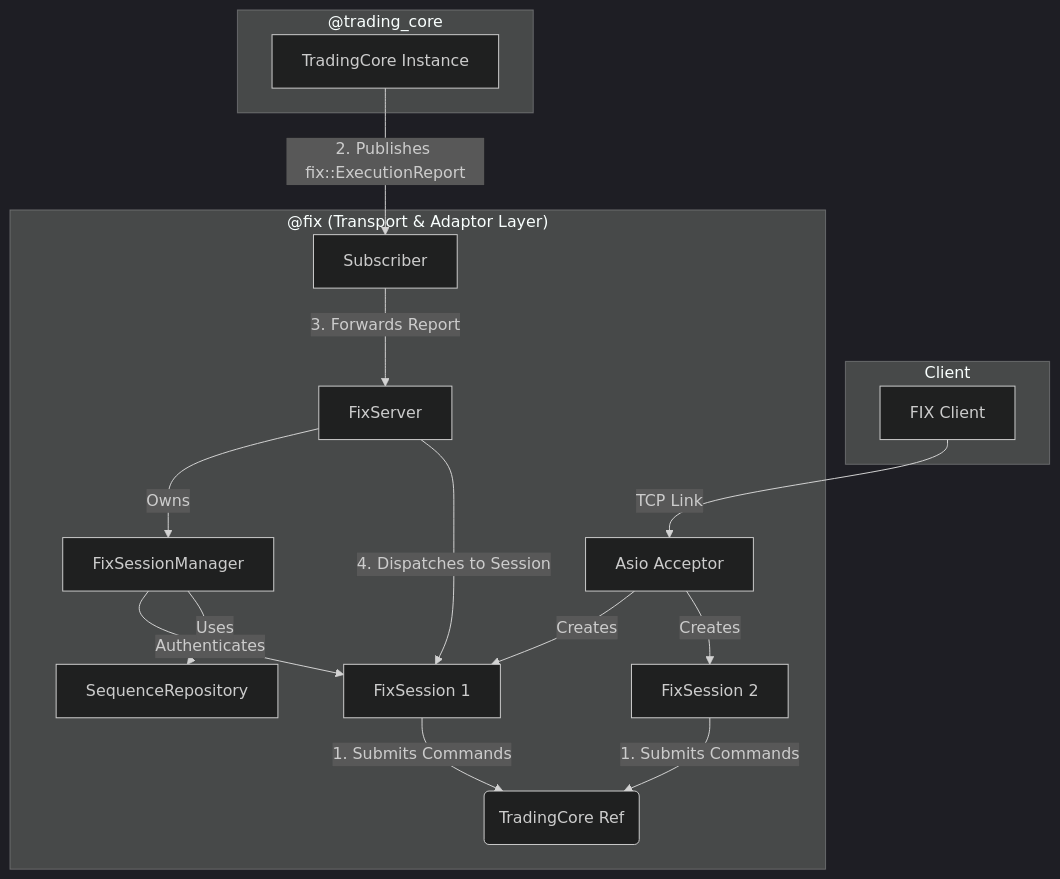
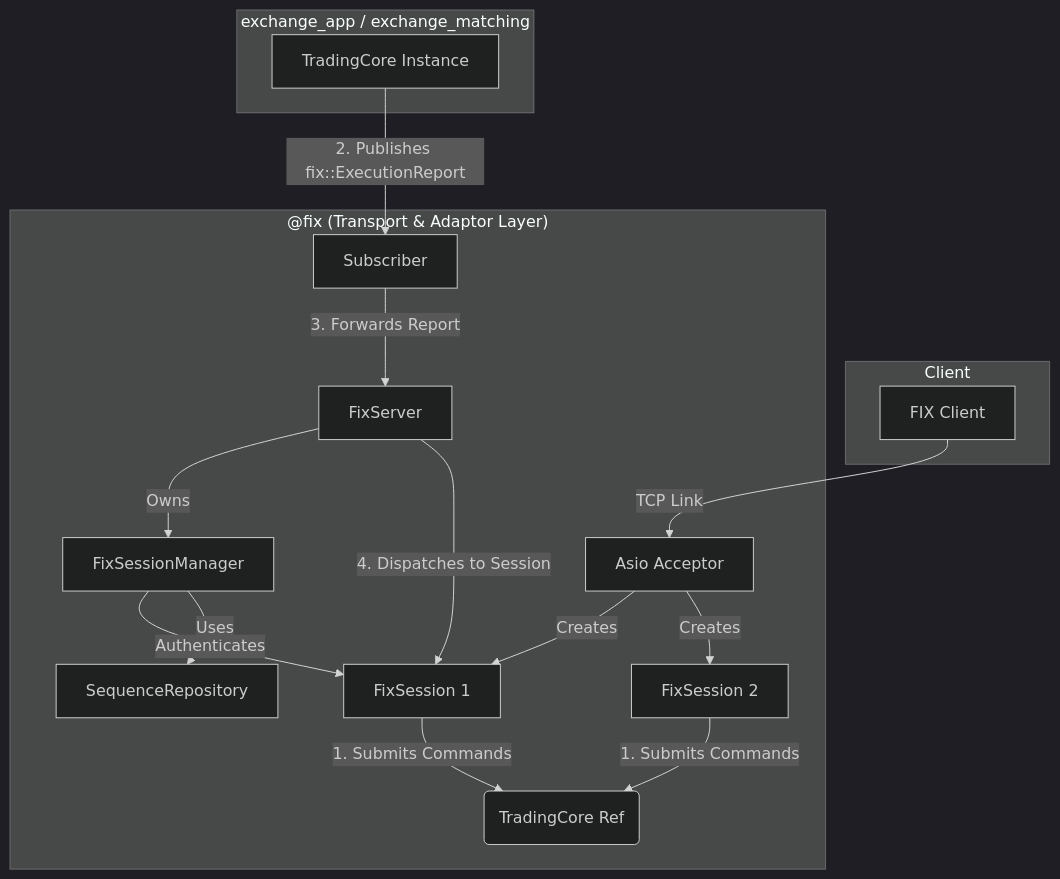
Before and after one commit to SujalChoudhari/BetaTrader: the diagram in exchange/exchange_fix/README.md, drawn with Mermaid (dark theme). The commit also changed other lines of this file and 7 other files, not shown here.

````diff
--- a/exchange/exchange_fix/README.md
+++ b/exchange/exchange_fix/README.md
@@ -24,28 +24,28 @@
 ```mermaid
 graph TD
     subgraph "Client"
         C[FIX Client]
     end
 
     subgraph "@fix (Transport & Adaptor Layer)"
         A[Asio Acceptor] -->|Creates| S1[FixSession 1]
         A -->|Creates| S2[FixSession 2]
         
         S1 --"1. Submits Commands"--> TC_REF
         S2 --"1. Submits Commands"--> TC_REF
         TC_REF(TradingCore Ref)
 
         SERVER[FixServer] -- "Owns" --> MGR[FixSessionManager]
         MGR -- "Authenticates" --> S1
         MGR -- "Uses" --> SEQ_REPO[SequenceRepository]
         
         SUB[Subscriber] --"3. Forwards Report"--> SERVER
         SERVER --"4. Dispatches to Session"--> S1
     end
 
-    subgraph "@trading_core"
+    subgraph "exchange_app / exchange_matching"
         TC[TradingCore Instance] --"2. Publishes fix::ExecutionReport"--> SUB
     end
 
     C --"TCP Link"--> A
 ```
````
